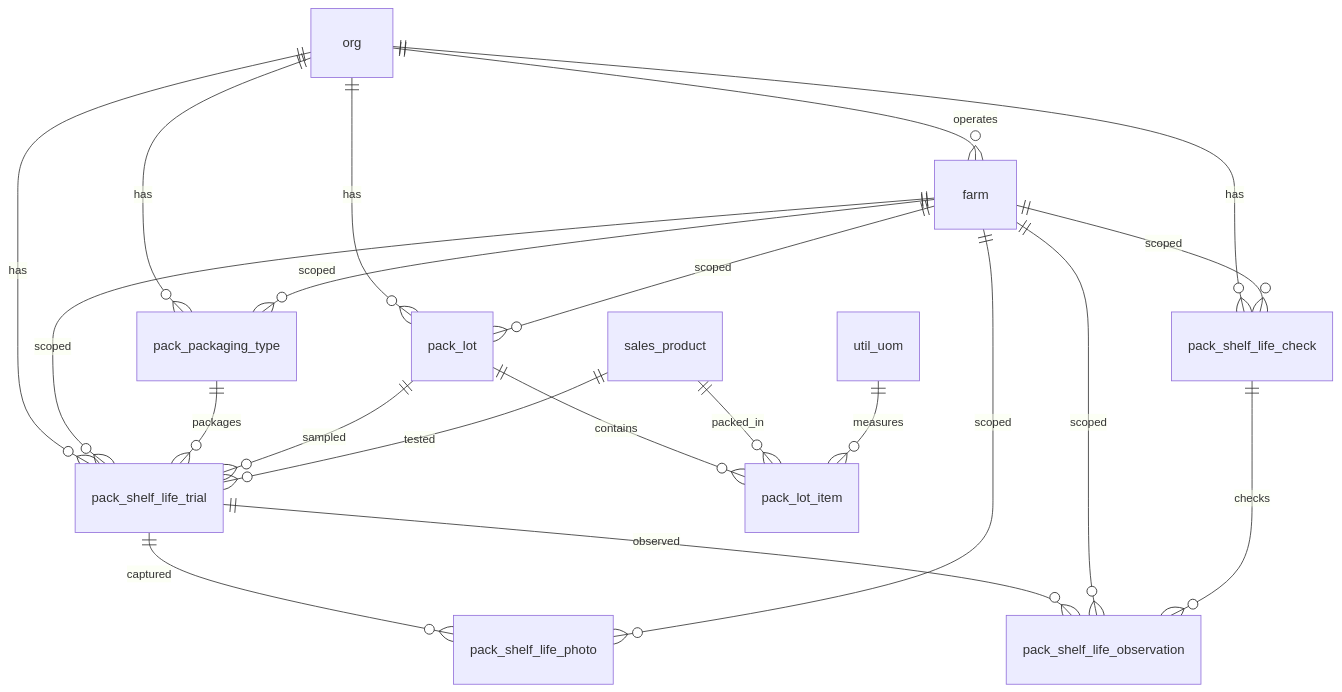
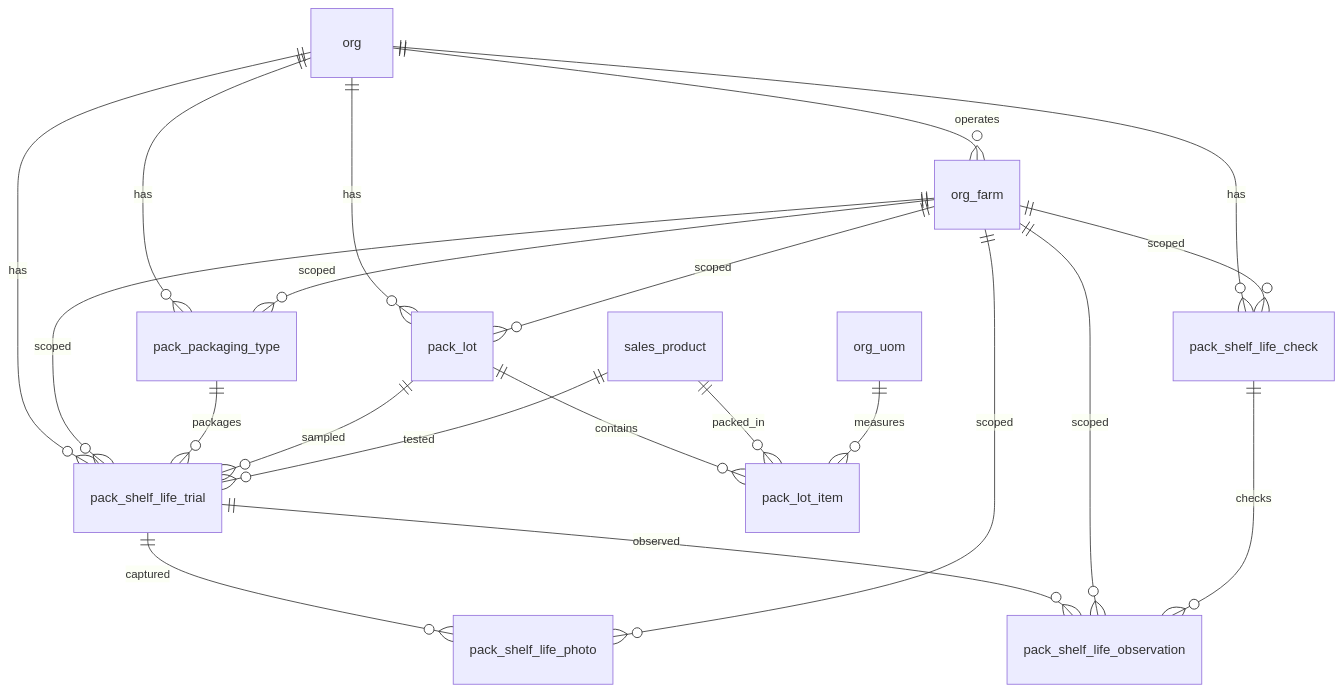
Before and after one commit to Hawaii-Farming/aloha-app: the diagram in docs/schemas/20260319_05_pack.md, drawn with Mermaid. The commit also changed other lines of this file and 51 other files, not shown here.

First line of the commit message:
Rename org tables (util_uom→org_uom, farm→org_farm, site→org_site), rewrite conventions from LENNY spec

````diff
--- a/docs/schemas/20260319_05_pack.md
+++ b/docs/schemas/20260319_05_pack.md
@@ -13,24 +13,24 @@
 ```mermaid
 erDiagram
-    org ||--o{ farm : operates
+    org ||--o{ org_farm : operates
     org ||--o{ pack_packaging_type : has
     org ||--o{ pack_lot : has
     org ||--o{ pack_shelf_life_check : has
     org ||--o{ pack_shelf_life_trial : has
-    farm ||--o{ pack_lot : scoped
+    org_farm ||--o{ pack_lot : scoped
     pack_lot ||--o{ pack_lot_item : contains
     sales_product ||--o{ pack_lot_item : packed_in
-    util_uom ||--o{ pack_lot_item : measures
+    org_uom ||--o{ pack_lot_item : measures
 
-    farm ||--o{ pack_packaging_type : scoped
-    farm ||--o{ pack_shelf_life_check : scoped
-    farm ||--o{ pack_shelf_life_trial : scoped
+    org_farm ||--o{ pack_packaging_type : scoped
+    org_farm ||--o{ pack_shelf_life_check : scoped
+    org_farm ||--o{ pack_shelf_life_trial : scoped
     pack_packaging_type ||--o{ pack_shelf_life_trial : packages
     pack_lot ||--o{ pack_shelf_life_trial : sampled
     sales_product ||--o{ pack_shelf_life_trial : tested
     pack_shelf_life_trial ||--o{ pack_shelf_life_observation : observed
-    farm ||--o{ pack_shelf_life_observation : scoped
+    org_farm ||--o{ pack_shelf_life_observation : scoped
     pack_shelf_life_check ||--o{ pack_shelf_life_observation : checks
     pack_shelf_life_trial ||--o{ pack_shelf_life_photo : captured
-    farm ||--o{ pack_shelf_life_photo : scoped
+    org_farm ||--o{ pack_shelf_life_photo : scoped
 ```
````
